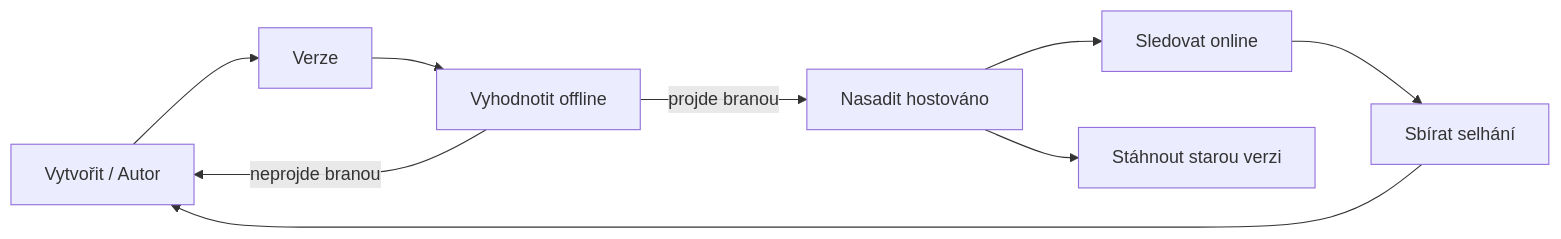
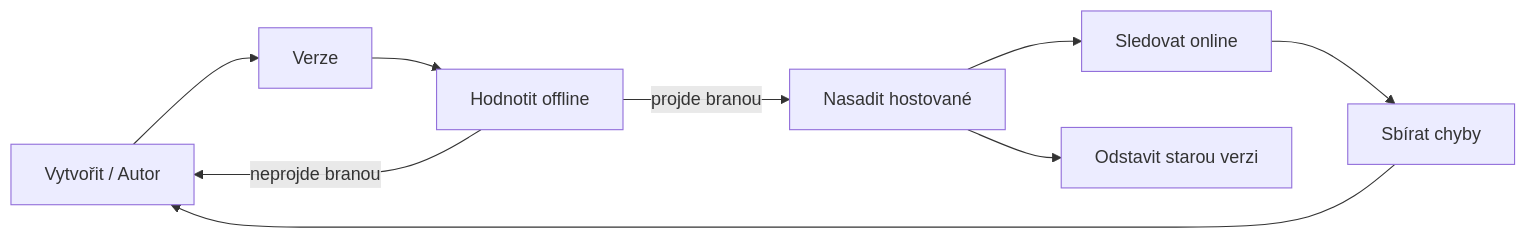
One commit to gabrielmoreira/agent-skills-mirror changed the second of 4 diagrams in mirrors/repos/microsoft@ai-agents-for-beginners/translations/cs/16-deploying-scalable-agents/README.md. Above: the diagram before and after it, drawn with Mermaid. The commit also changed other lines of this file and 4262 other files, not shown here.

````diff
--- a/mirrors/repos/microsoft@ai-agents-for-beginners/translations/cs/16-deploying-scalable-agents/README.md
+++ b/mirrors/repos/microsoft@ai-agents-for-beginners/translations/cs/16-deploying-scalable-agents/README.md
@@ -108,11 +108,11 @@
 ```mermaid
 flowchart LR
     Create[Vytvořit / Autor] --> Version[Verze]
-    Version --> Evaluate[Vyhodnotit offline]
-    Evaluate -->|projde branou| Deploy[Nasadit hostováno]
+    Version --> Evaluate[Hodnotit offline]
+    Evaluate -->|projde branou| Deploy[Nasadit hostované]
     Evaluate -->|neprojde branou| Create
     Deploy --> Observe[Sledovat online]
-    Observe --> Improve[Sbírat selhání]
+    Observe --> Improve[Sbírat chyby]
     Improve --> Create
-    Deploy --> Retire[Stáhnout starou verzi]
+    Deploy --> Retire[Odstavit starou verzi]
 ```
````
